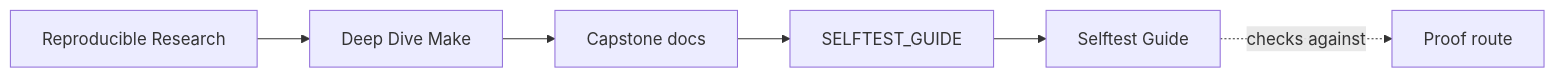
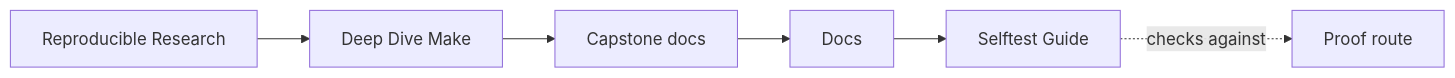
One commit to bijux/bijux-masterclass changed the first of 2 diagrams in programs/reproducible-research/deep-dive-make/capstone/docs/selftest-guide.md. Above: the diagram before and after it, drawn with Mermaid. The commit also changed 146 other files, not shown here.

````diff
--- a/programs/reproducible-research/deep-dive-make/capstone/docs/selftest-guide.md
+++ b/programs/reproducible-research/deep-dive-make/capstone/docs/selftest-guide.md
@@ -7,12 +7,12 @@
 ```mermaid
 graph LR
   family["Reproducible Research"]
   program["Deep Dive Make"]
   guide["Capstone docs"]
-  section["SELFTEST_GUIDE"]
+  section["Docs"]
   page["Selftest Guide"]
   proof["Proof route"]
 
   family --> program --> guide --> section --> page
   page -.checks against.-> proof
 ```
````
